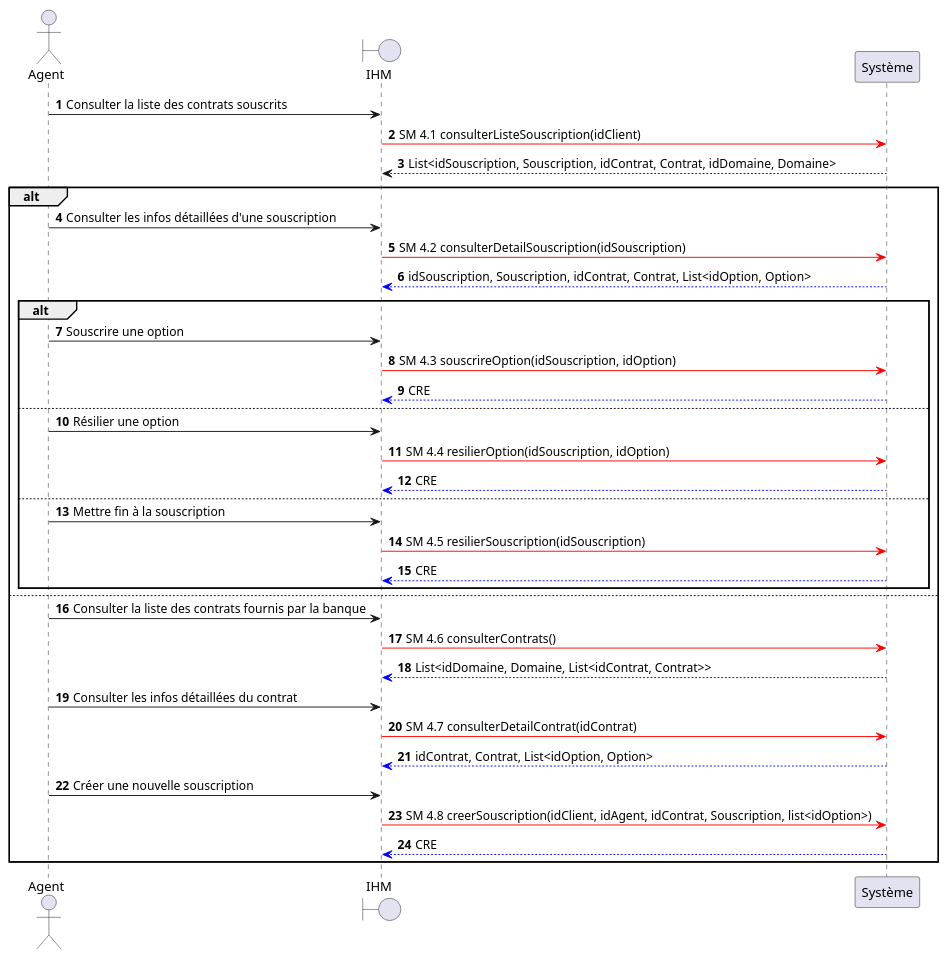
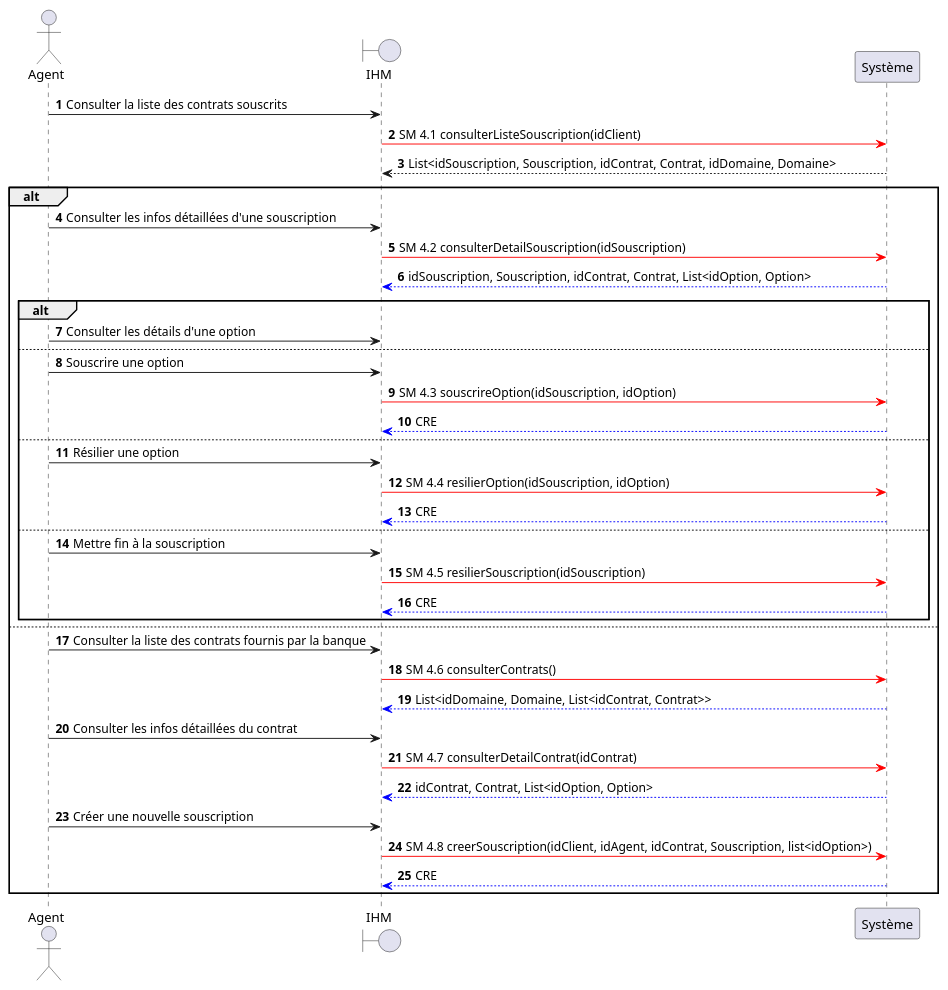
The diagram in src/documentation/CU4_DSS.puml (HZjiadong/PLD-MARS), drawn with PlantUML before and after one commit. The commit also changed 1 other file, not shown here.

Commit message:
fix(CU4): add view option details

```diff
--- a/src/documentation/CU4_DSS.puml
+++ b/src/documentation/CU4_DSS.puml
@@ -1,38 +1,41 @@
 @startuml
 actor Agent
 boundary IHM
 autonumber
 Agent -> IHM : Consulter la liste des contrats souscrits
 IHM -[#red]> Système : SM 4.1 consulterListeSouscription(idClient)
 Système --> IHM : List<idSouscription, Souscription, idContrat, Contrat, idDomaine, Domaine>
+
 alt
     Agent -> IHM : Consulter les infos détaillées d'une souscription
     IHM -[#red]> Système : SM 4.2 consulterDetailSouscription(idSouscription)
     Système -[#0000FF]-> IHM : idSouscription, Souscription, idContrat, Contrat, List<idOption, Option>
     alt
+    Agent -> IHM : Consulter les détails d'une option
+    else
     Agent -> IHM : Souscrire une option
     IHM -[#red]> Système : SM 4.3 souscrireOption(idSouscription, idOption)
     Système -[#0000FF]-> IHM : CRE
     else
     Agent -> IHM : Résilier une option
     IHM -[#red]> Système : SM 4.4 resilierOption(idSouscription, idOption)
     Système -[#0000FF]-> IHM : CRE
     else
     Agent -> IHM : Mettre fin à la souscription
     IHM -[#red]> Système : SM 4.5 resilierSouscription(idSouscription)
     Système -[#0000FF]-> IHM : CRE
     end
 else
     Agent -> IHM : Consulter la liste des contrats fournis par la banque
     IHM -[#red]> Système : SM 4.6 consulterContrats()
     Système -[#0000FF]-> IHM : List<idDomaine, Domaine, List<idContrat, Contrat>>
 
     Agent -> IHM : Consulter les infos détaillées du contrat
     IHM -[#red]> Système : SM 4.7 consulterDetailContrat(idContrat)
     Système -[#0000FF]-> IHM : idContrat, Contrat, List<idOption, Option>
 
     Agent -> IHM : Créer une nouvelle souscription
     IHM -[#red]> Système : SM 4.8 creerSouscription(idClient, idAgent, idContrat, Souscription, list<idOption>)
     Système -[#0000FF]-> IHM : CRE
 end
 @enduml
```
